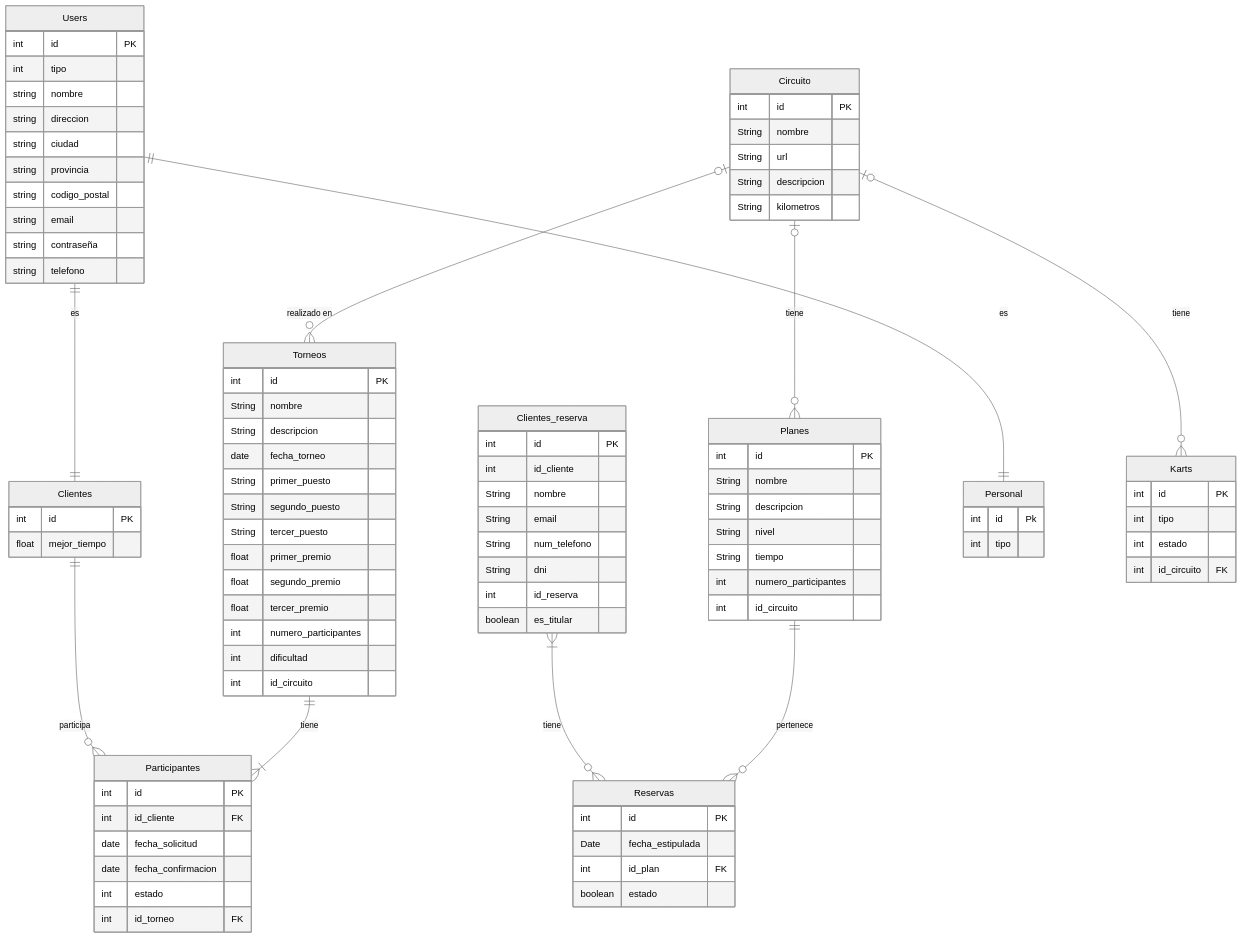
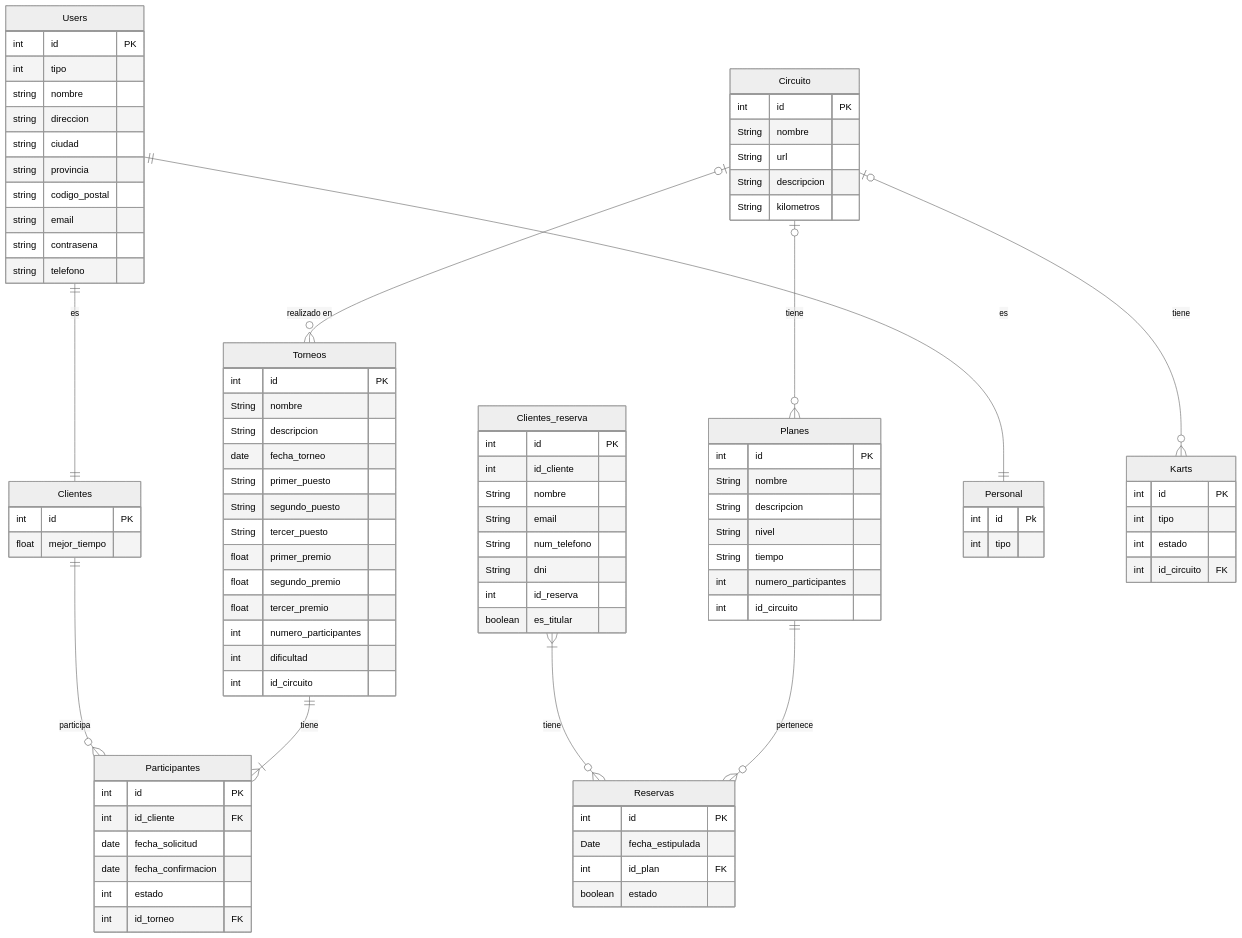
The diagram in doc/templates/3_deseño.md (jglgap/kartmania), drawn with Mermaid (neutral theme) before and after one commit.

Commit message:
Update Er

```diff
--- a/doc/templates/3_deseño.md
+++ b/doc/templates/3_deseño.md
@@ -76,7 +76,7 @@
 		string provincia   
 		string codigo_postal   
 		string email   
-		string contraseña   
+		string contrasena   
 		string telefono   
 	}
 
```
